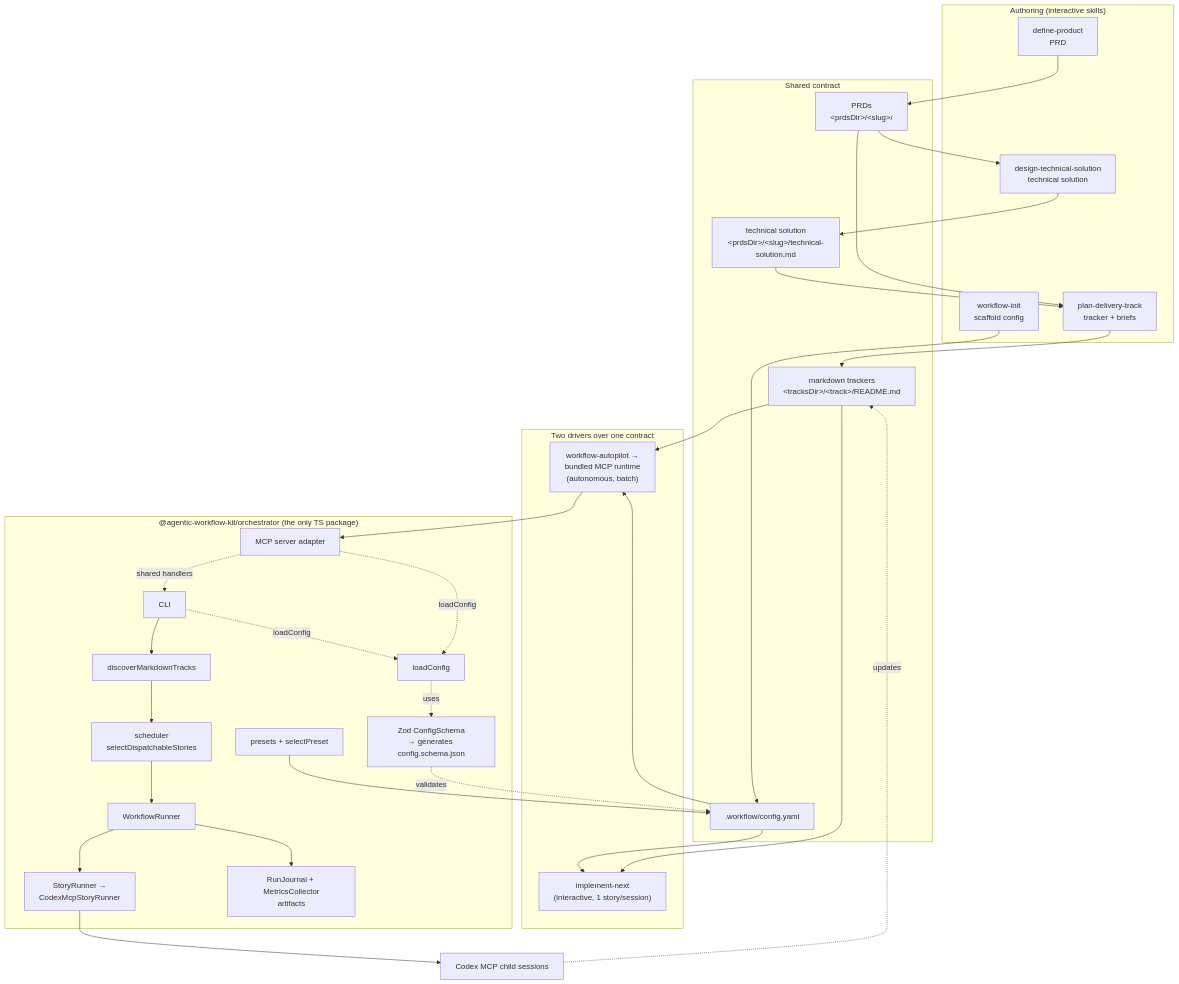
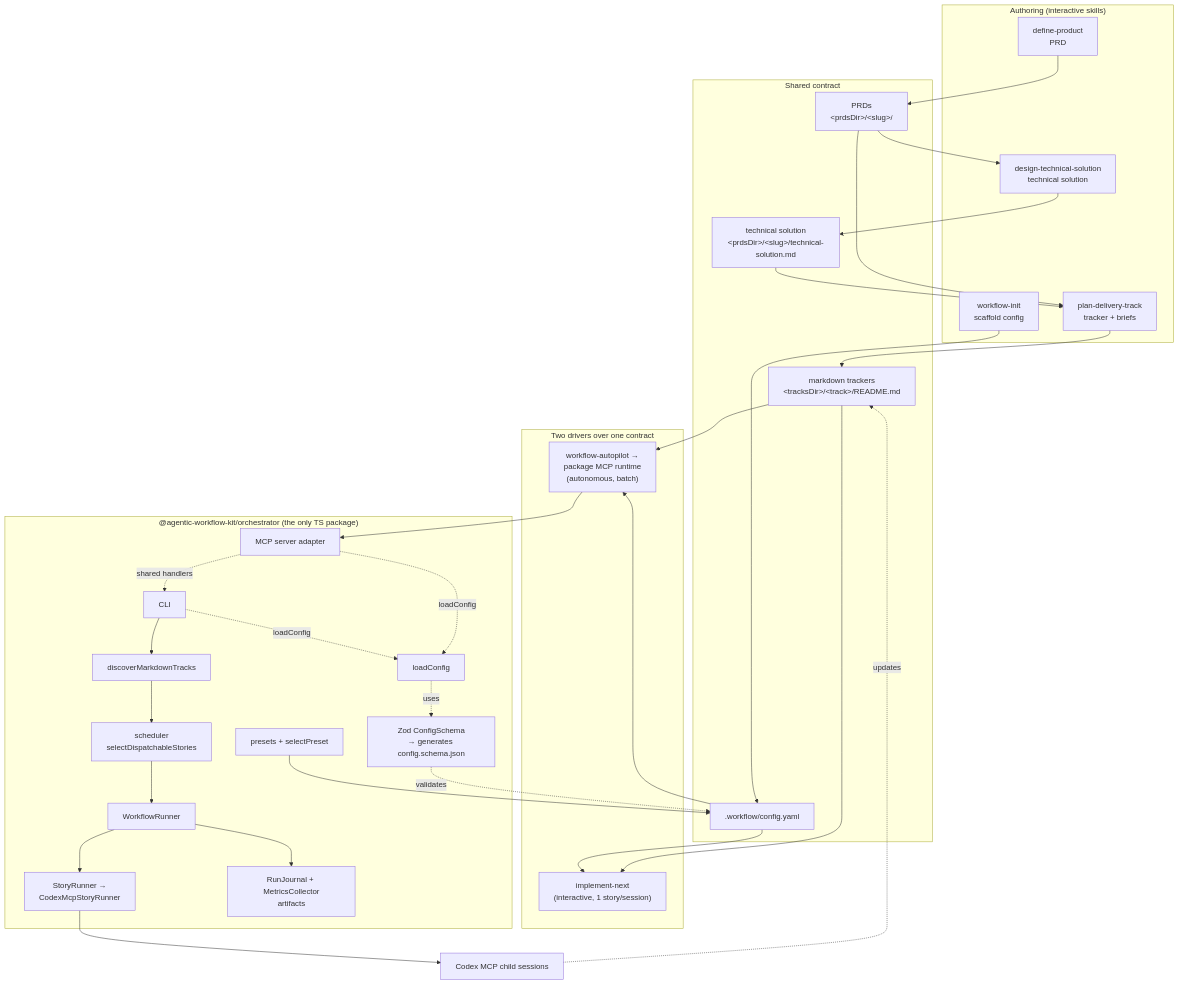
One commit to aryeko/agentic-workflow-kit changed the first of 4 diagrams in docs/architecture.md. Above: the diagram before and after it, drawn with Mermaid. The commit also changed other lines of this file and 34 other files, not shown here.

First line of the commit message:
fix: run plugin mcp from package (#33)

````diff
--- a/docs/architecture.md
+++ b/docs/architecture.md
@@ -35,57 +35,57 @@
 ```mermaid
 flowchart TB
   subgraph Authors["Authoring (interactive skills)"]
     PP["define-product<br/>PRD"]
     PA["design-technical-solution<br/>technical solution"]
     PT["plan-delivery-track<br/>tracker + briefs"]
     WI["workflow-init<br/>scaffold config"]
   end
 
   subgraph Contract["Shared contract"]
     CFG[".workflow/config.yaml"]
     TRK["markdown trackers<br/>&lt;tracksDir&gt;/&lt;track&gt;/README.md"]
     PRD["PRDs<br/>&lt;prdsDir&gt;/&lt;slug&gt;/"]
     ARCH["technical solution<br/>&lt;prdsDir&gt;/&lt;slug&gt;/technical-solution.md"]
   end
 
   subgraph Drivers["Two drivers over one contract"]
     IN["implement-next<br/>(interactive, 1 story/session)"]
-    AP["workflow-autopilot →<br/>bundled MCP runtime<br/>(autonomous, batch)"]
+    AP["workflow-autopilot →<br/>package MCP runtime<br/>(autonomous, batch)"]
   end
 
   subgraph Orch["@agentic-workflow-kit/orchestrator (the only TS package)"]
     CLI["CLI"]
     MCP["MCP server adapter"]
     LOADER["loadConfig"]
     SCHEMA["Zod ConfigSchema<br/>→ generates config.schema.json"]
     PRESET["presets + selectPreset"]
     DISC["discoverMarkdownTracks"]
     SCHED["scheduler<br/>selectDispatchableStories"]
     RUN["WorkflowRunner"]
     DRV["StoryRunner →<br/>CodexMcpStoryRunner"]
     ART["RunJournal + MetricsCollector<br/>artifacts"]
   end
 
   CODEX["Codex MCP child sessions"]
 
   PP --> PRD
   PRD --> PA --> ARCH --> PT --> TRK
   PRD --> PT
   WI --> CFG
   PRESET --> CFG
   SCHEMA -. validates .-> CFG
 
   CFG --> IN
   TRK --> IN
   CFG --> AP
   TRK --> AP
 
   AP --> MCP
   MCP -. shared handlers .-> CLI
   CLI -. loadConfig .-> LOADER
   MCP -. loadConfig .-> LOADER
   LOADER -. uses .-> SCHEMA
   CLI --> DISC --> SCHED --> RUN --> DRV --> CODEX
   RUN --> ART
   CODEX -. updates .-> TRK
 ```
````
